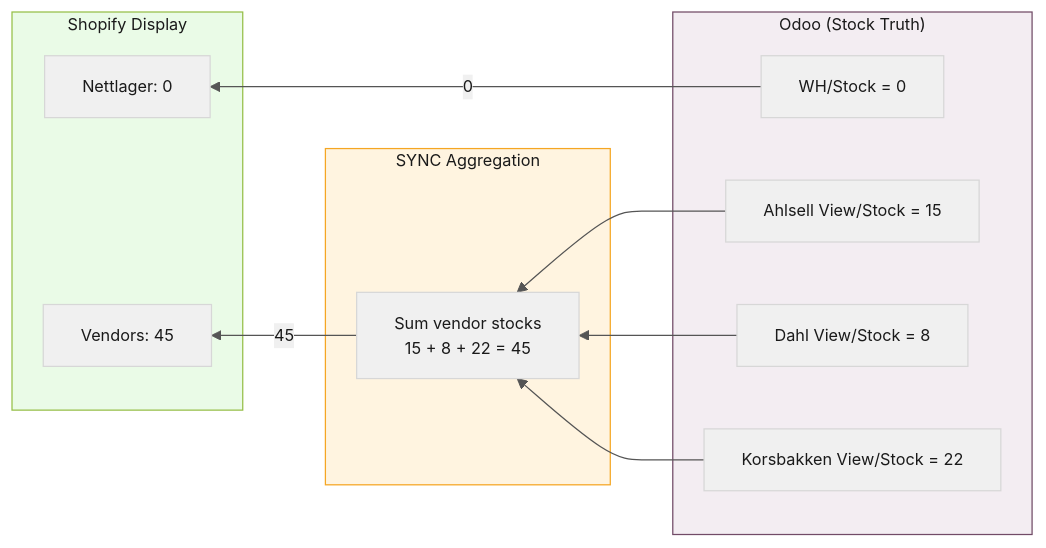
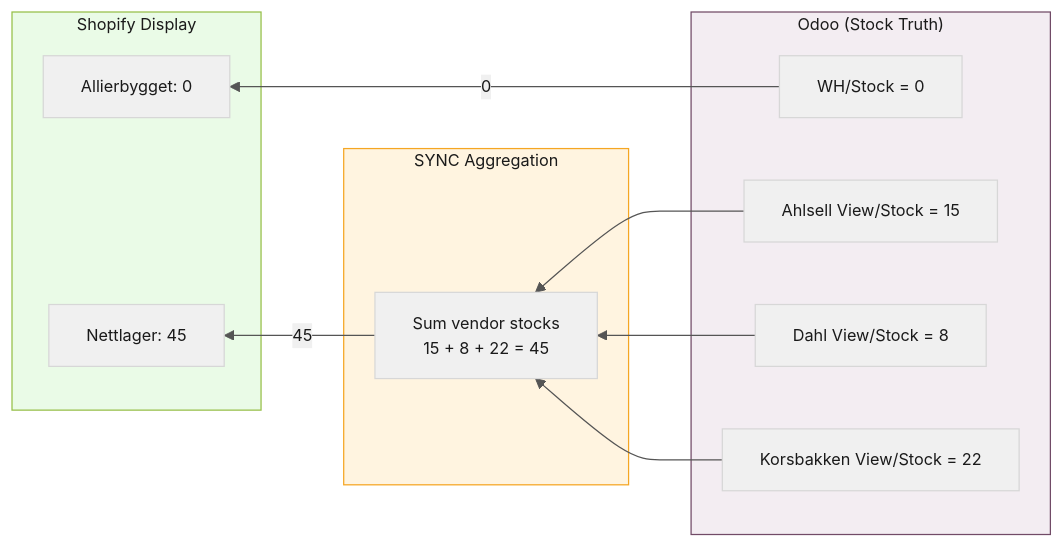
One commit to ozan-droid/documents changed diagram 11 of 16 in shopify-sync-odoo-scenarios.md. Above: the diagram before and after it, drawn with Mermaid. The commit also changed other lines of this file, not shown here.

````diff
--- a/shopify-sync-odoo-scenarios.md
+++ b/shopify-sync-odoo-scenarios.md
@@ -455,29 +449,29 @@
 ```mermaid
 %%{init: {'theme': 'base', 'themeVariables': {'primaryColor': '#f0f0f0', 'primaryTextColor': '#1a1a1a', 'lineColor': '#555', 'textColor': '#1a1a1a', 'fontSize': '13px'}}}%%
 flowchart RL
     subgraph Odoo ["Odoo (Stock Truth)"]
         WH["WH/Stock = 0"]
         V1["Ahlsell View/Stock = 15"]
         V2["Dahl View/Stock = 8"]
         V3["Korsbakken View/Stock = 22"]
     end
 
     subgraph SYNC_AGG ["SYNC Aggregation"]
         AGG["Sum vendor stocks\n15 + 8 + 22 = 45"]
     end
 
     subgraph Shopify ["Shopify Display"]
-        SN["Nettlager: 0"]
-        SV["Vendors: 45"]
+        SA["Allierbygget: 0"]
+        SN["Nettlager: 45"]
     end
 
-    WH -->|"0"| SN
+    WH -->|"0"| SA
     V1 --> AGG
     V2 --> AGG
     V3 --> AGG
-    AGG -->|"45"| SV
+    AGG -->|"45"| SN
 
     style Odoo fill:#f3edf2,stroke:#714b67,color:#1a1a1a
     style SYNC_AGG fill:#fff4e0,stroke:#f5a623,color:#1a1a1a
     style Shopify fill:#eafbe7,stroke:#96bf48,color:#1a1a1a
 ```
````
